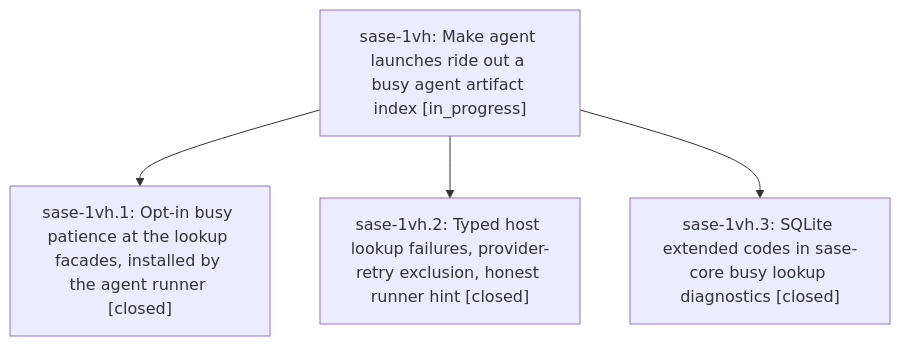
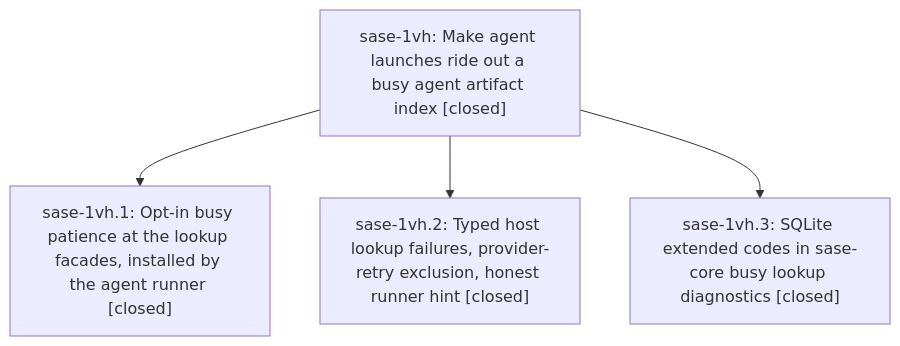
One commit to sase-org/sase--beads changed the diagram in pages/sase-1vh/README.md. Above: the diagram before and after it, drawn with Mermaid. The commit also changed other lines of this file and 1 other file, not shown here.

First line of the commit message:
chore(beads): sync bead state and pages for sase-1vh

````diff
--- a/pages/sase-1vh/README.md
+++ b/pages/sase-1vh/README.md
@@ -36,10 +48,10 @@
 ```mermaid
 flowchart TD
-    n0["sase-1vh: Make agent launches ride out a busy agent artifact index [in_progress]"]
+    n0["sase-1vh: Make agent launches ride out a busy agent artifact index [closed]"]
     n1["sase-1vh.1: Opt-in busy patience at the lookup facades, installed by the agent runner [closed]"]
     n2["sase-1vh.2: Typed host lookup failures, provider-retry exclusion, honest runner hint [closed]"]
     n3["sase-1vh.3: SQLite extended codes in sase-core busy lookup diagnostics [closed]"]
     n0 --> n1
     n0 --> n2
     n0 --> n3
 ```
````
